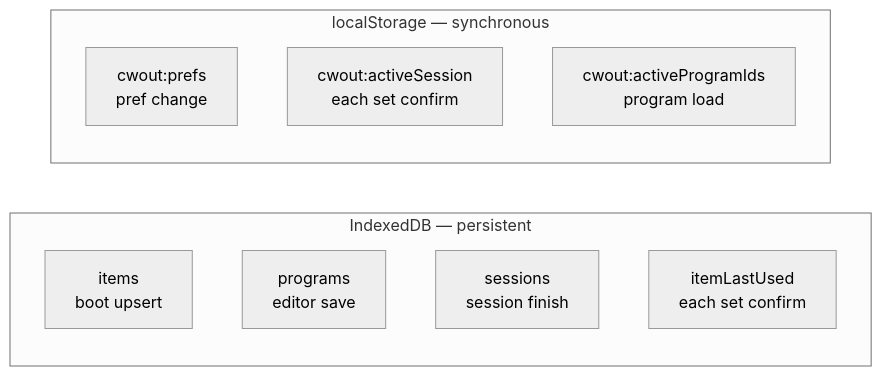
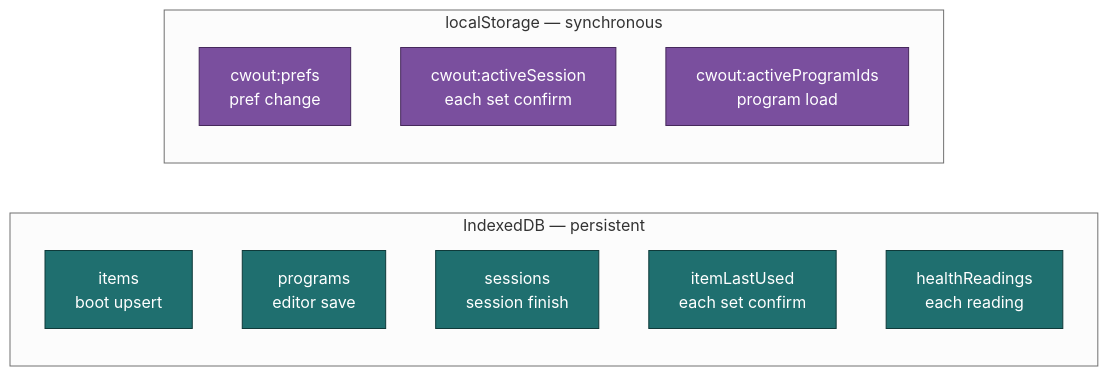
The first of 2 diagrams in docs/architecture/offline-strategy.md (jermbo/CosmicWorkOut), drawn with Mermaid (neutral theme) before and after one commit. The commit also changed other lines of this file and 132 other files, not shown here.

````diff
--- a/docs/architecture/offline-strategy.md
+++ b/docs/architecture/offline-strategy.md
@@ -17,15 +17,21 @@
 ```mermaid
 flowchart LR
     subgraph idb ["IndexedDB — persistent"]
         E[items<br/>boot upsert]
         P[programs<br/>editor save]
         S[sessions<br/>session finish]
         ELU[itemLastUsed<br/>each set confirm]
+        HR[healthReadings<br/>each reading]
     end
 
     subgraph ls ["localStorage — synchronous"]
         PREFS[cwout:prefs<br/>pref change]
         ACTIVE[cwout:activeSession<br/>each set confirm]
         PROGID[cwout:activeProgramIds<br/>program load]
     end
+
+    classDef persistent fill:#1f6f6f,stroke:#0f3a3a,color:#ffffff;
+    classDef sync fill:#7a4f9e,stroke:#46295c,color:#ffffff;
+    class E,P,S,ELU,HR persistent;
+    class PREFS,ACTIVE,PROGID sync;
 ```
````
